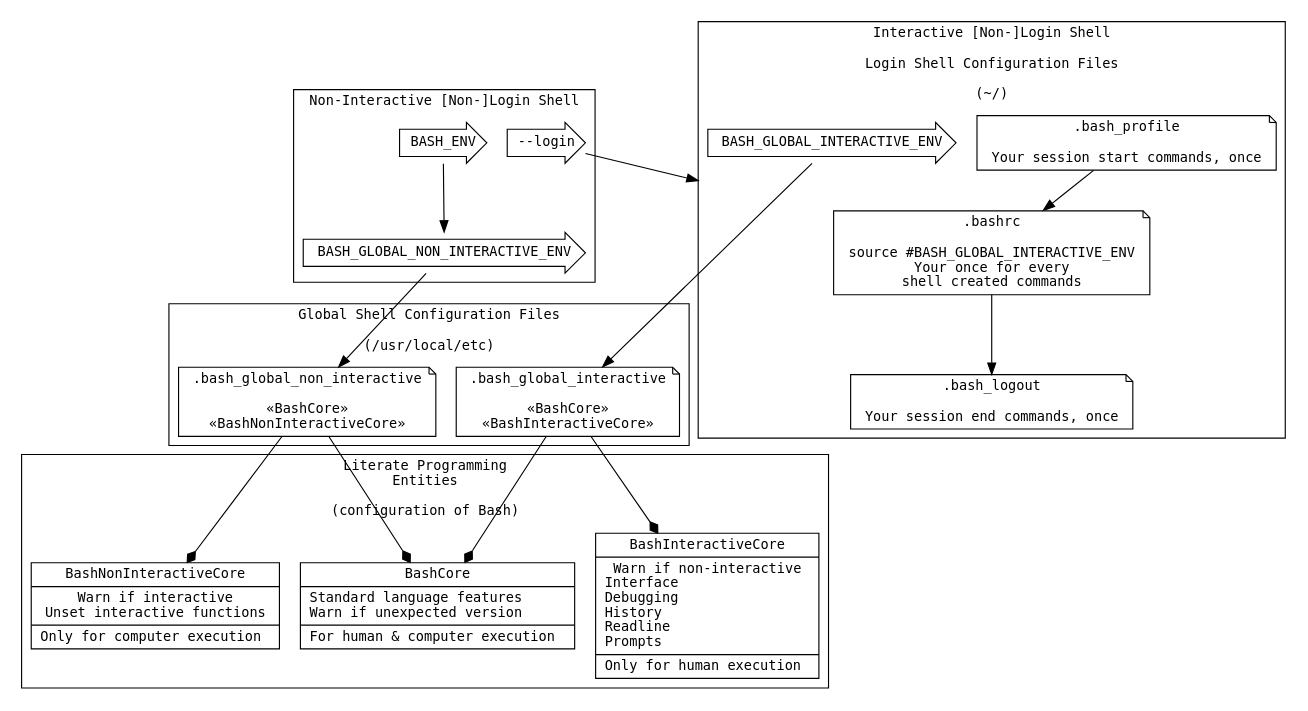
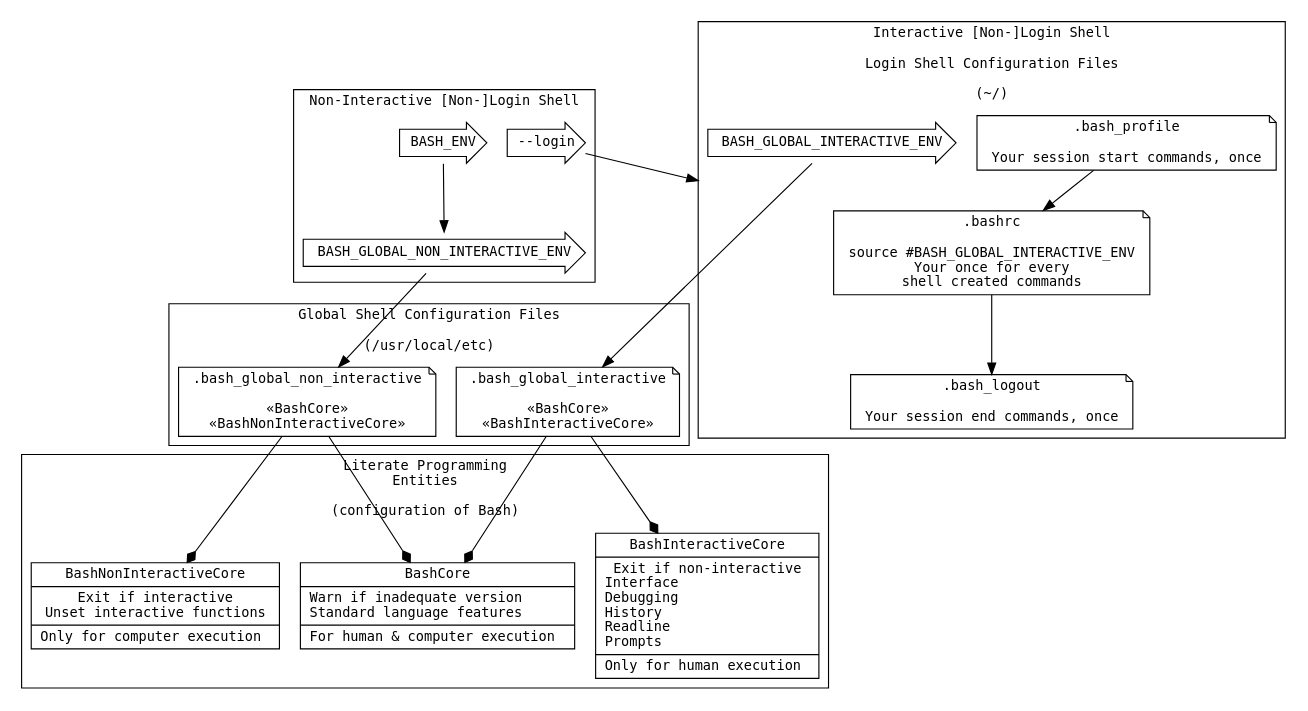
The diagram in bash.org (grettke/bash), drawn with Graphviz before and after one commit. The commit also changed other lines of this file and 3 other files, not shown here.

```diff
--- a/bash.org
+++ b/bash.org
@@ -2487,41 +2487,41 @@
 #+BEGIN_SRC dot :file "./image/version04.png" :wrap "RESULTS"
 digraph version5 {
   fontname = "DejaVu Sans Mono";
   fontsize = 12;
   node [shape = "record" fontname = "DejaVu Sans Mono" fontsize = 12];
   compound = true;
   subgraph cluster_A {
     label = "Literate Programming\nEntities\n\n(configuration of Bash)";
-    BashCore[label = "{BashCore|Standard language features\lWarn if unexpected version\l|For human & computer execution\l}"];
-    BashNonInteractiveCore[label = "{BashNonInteractiveCore|Warn if interactive\nUnset interactive functions|Only for computer execution\l}"];
-    BashInteractiveCore[label = "{BashInteractiveCore|Warn if non-interactive\nInterface\lDebugging\lHistory\lReadline\lPrompts\l|Only for human execution\l}"];
+    BashCore[label = "{BashCore|Warn if inadequate version\lStandard language features\l|For human & computer execution\l}"];
+    BashNonInteractiveCore[label = "{BashNonInteractiveCore|Exit if interactive\nUnset interactive functions|Only for computer execution\l}"];
+    BashInteractiveCore[label = "{BashInteractiveCore|Exit if non-interactive\nInterface\lDebugging\lHistory\lReadline\lPrompts\l|Only for human execution\l}"];
   }
   subgraph cluster_B {
     label = "Global Shell Configuration Files\n\n(/usr/local/etc)";
     BashGlobalNonInteractiveFile[shape = "note" label = ".bash_global_non_interactive\n\n«BashCore»\n«BashNonInteractiveCore»"];
     BashGlobalInteractiveFile[shape = "note" label = ".bash_global_interactive\n\n«BashCore»\n«BashInteractiveCore»"];
   }
   subgraph cluster_C {
     label = "Interactive [Non-]Login Shell\n\nLogin Shell Configuration Files\n\n(~/)";
     BashProfile[shape = "note" label = ".bash_profile\n\nYour session start commands, once"];
     BashRc[shape = "note" label = ".bashrc\n\nsource #BASH_GLOBAL_INTERACTIVE_ENV\nYour once for every\nshell created commands"];
     BashLogout[shape = "note" label = ".bash_logout\n\nYour session end commands, once"];
     BashGlobalInteractiveProp [shape = "rarrow" label = "BASH_GLOBAL_INTERACTIVE_ENV"];
   }
   subgraph cluster_D {
     label = "Non-Interactive [Non-]Login Shell";
     BashEnv [shape = "rarrow" label = "BASH_ENV"];
     BashGlobalNonInteractiveProp [shape = "rarrow" label = "BASH_GLOBAL_NON_INTERACTIVE_ENV"];
     BashNonInteractiveLoginInit [shape = "rarrow" label="--login"];
   }
   BashProfile -> BashRc;
   BashRc -> BashLogout;
   BashEnv -> BashGlobalNonInteractiveProp -> BashGlobalNonInteractiveFile;
   BashGlobalInteractiveProp -> BashGlobalInteractiveFile;
   BashNonInteractiveLoginInit -> BashRc [lhead=cluster_C];
   BashGlobalInteractiveFile -> BashCore [arrowhead=diamond];
   BashGlobalInteractiveFile -> BashInteractiveCore [arrowhead=diamond];
   BashGlobalNonInteractiveFile -> BashCore [arrowhead=diamond];
   BashGlobalNonInteractiveFile -> BashNonInteractiveCore [arrowhead=diamond];
 }
 #+END_SRC
```
